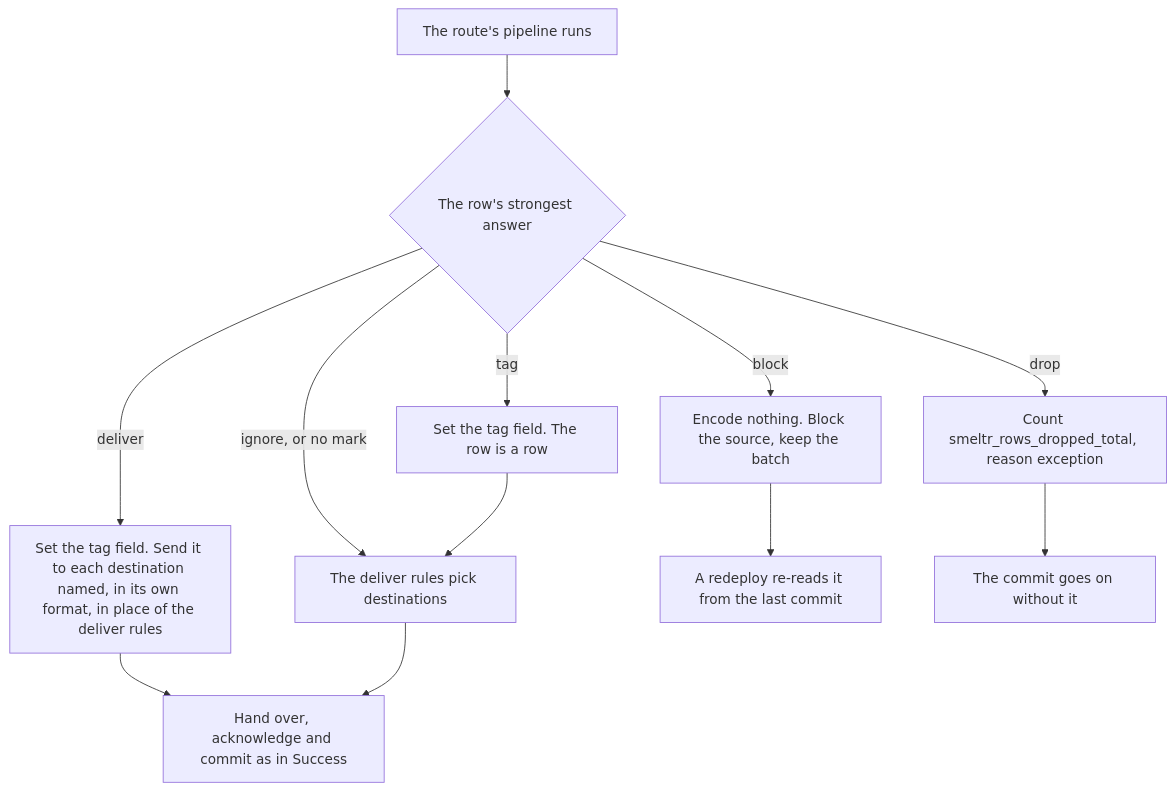
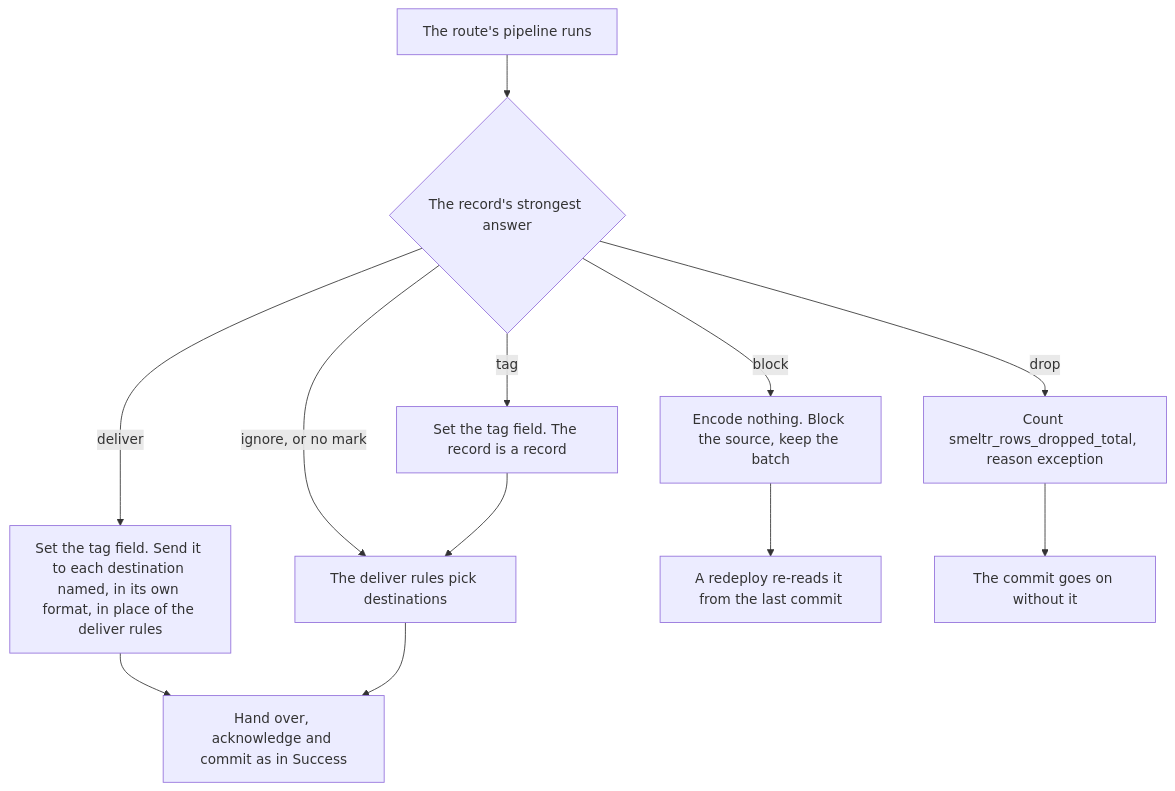
The third of 6 diagrams in docs/data-paths.md (smeltr-sh/smeltr), drawn with Mermaid before and after one commit. The commit also changed other lines of this file, not shown here.

First line of the commit message:
docs: record, not row, in the data paths

````diff
--- a/docs/data-paths.md
+++ b/docs/data-paths.md
@@ -89,14 +89,14 @@
 ```mermaid
 flowchart TD
-  A["The route's pipeline runs"] --> B{"The row's strongest answer"}
+  A["The route's pipeline runs"] --> B{"The record's strongest answer"}
   B -- "ignore, or no mark" --> N["The deliver rules pick destinations"]
-  B -- tag --> T["Set the tag field. The row is a row"]
+  B -- tag --> T["Set the tag field. The record is a record"]
   T --> N
   B -- drop --> D["Count smeltr_rows_dropped_total, reason exception"]
   B -- deliver --> V["Set the tag field. Send it to each destination named, in its own format, in place of the deliver rules"]
   V --> X
   B -- block --> Q["Encode nothing. Block the source, keep the batch"]
   Q --> R["A redeploy re-reads it from the last commit"]
   N --> X["Hand over, acknowledge and commit as in Success"]
   D --> X2["The commit goes on without it"]
 ```
````
